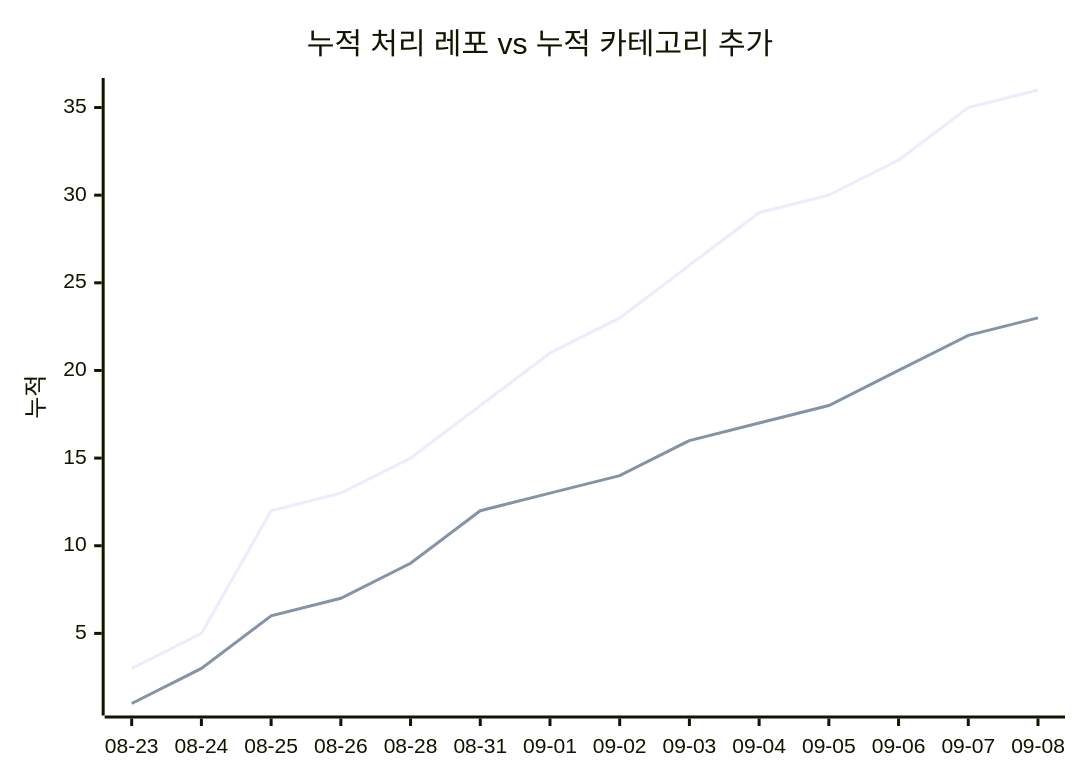
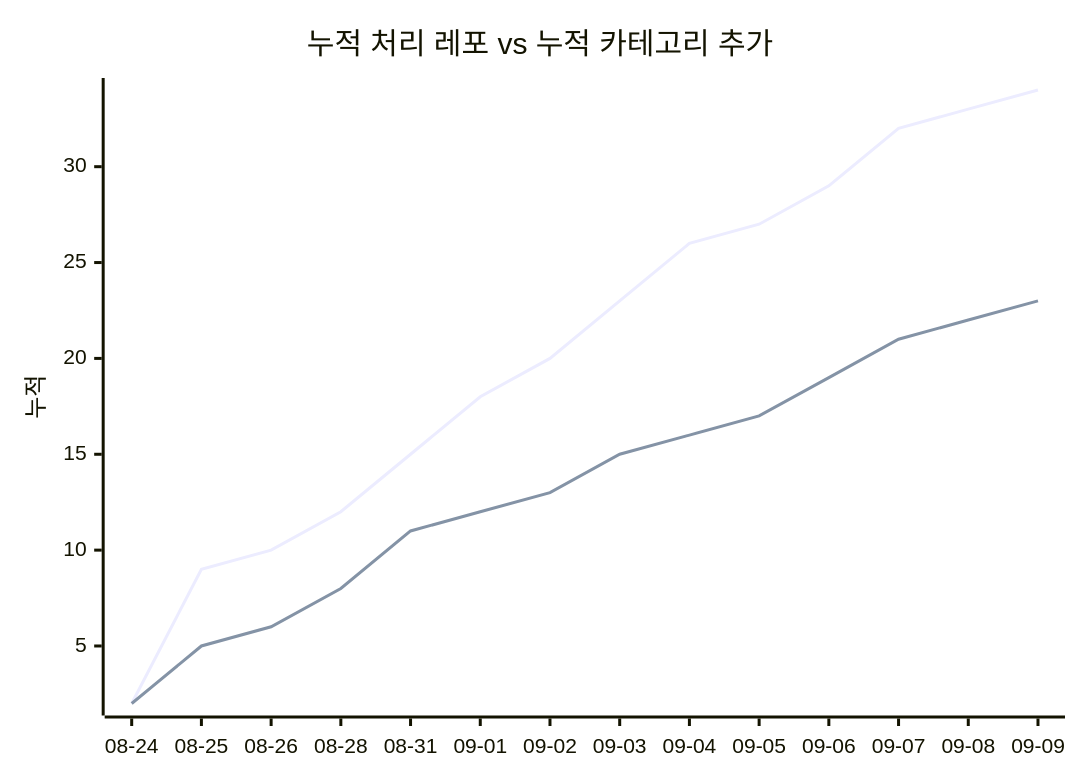
The second of 2 diagrams in docs/trends.md (J-nowcow/awesome-korean-agent-skills), drawn with Mermaid before and after one commit. The commit also changed other lines of this file and 3 other files, not shown here.

````diff
--- a/docs/trends.md
+++ b/docs/trends.md
@@ -68,8 +68,8 @@
 ```mermaid
 xychart-beta
     title "누적 처리 레포 vs 누적 카테고리 추가"
-    x-axis ["08-23","08-24","08-25","08-26","08-28","08-31","09-01","09-02","09-03","09-04","09-05","09-06","09-07","09-08"]
+    x-axis ["08-24","08-25","08-26","08-28","08-31","09-01","09-02","09-03","09-04","09-05","09-06","09-07","09-08","09-09"]
     y-axis "누적"
-    line [3,5,12,13,15,18,21,23,26,29,30,32,35,36]
-    line [1,3,6,7,9,12,13,14,16,17,18,20,22,23]
+    line [2,9,10,12,15,18,20,23,26,27,29,32,33,34]
+    line [2,5,6,8,11,12,13,15,16,17,19,21,22,23]
 ```
````
